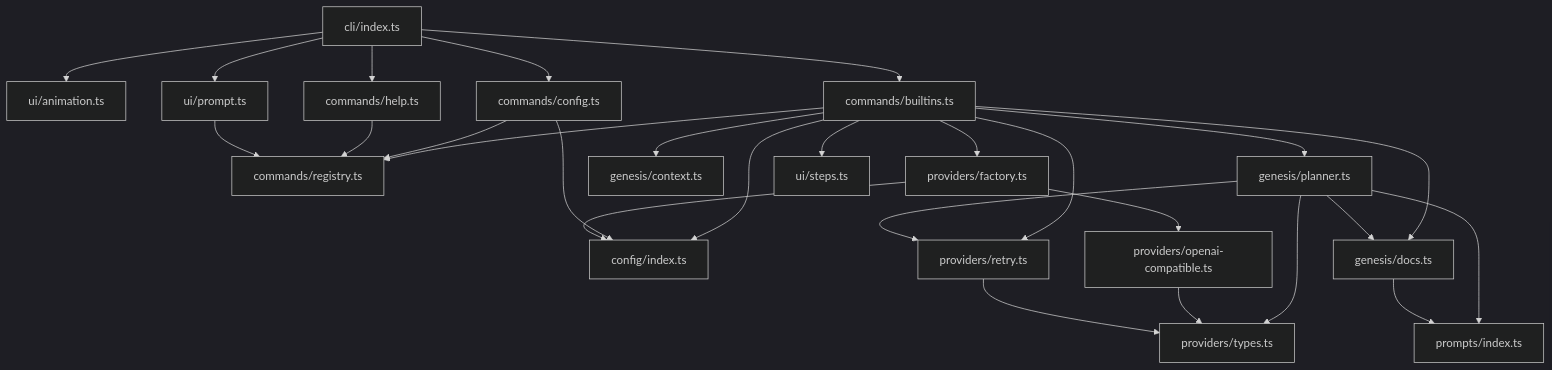
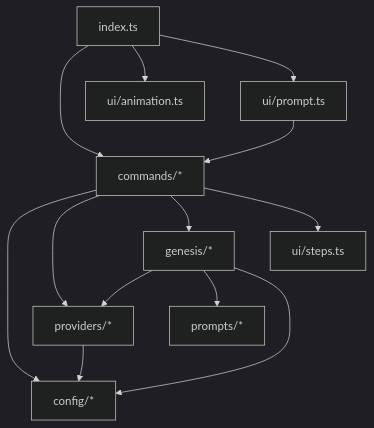
One commit to Aether-One/aether changed the diagram in .aether/docs/modules/overview.md. Above: the diagram before and after it, drawn with Mermaid (dark theme). The commit also changed other lines of this file and 26 other files, not shown here.

````diff
--- a/.aether/docs/modules/overview.md
+++ b/.aether/docs/modules/overview.md
@@ -154,34 +212,15 @@
 ```mermaid
 graph TD
-  cli[cli/index.ts] --> ui_anim[ui/animation.ts]
-  cli --> ui_prompt[ui/prompt.ts]
-  cli --> cmd_help[commands/help.ts]
-  cli --> cmd_builtins[commands/builtins.ts]
-  cli --> cmd_config[commands/config.ts]
-
-  cmd_builtins --> cmd_registry[commands/registry.ts]
-  cmd_builtins --> config[config/index.ts]
-  cmd_builtins --> providers_factory[providers/factory.ts]
-  cmd_builtins --> providers_retry[providers/retry.ts]
-  cmd_builtins --> genesis_context[genesis/context.ts]
-  cmd_builtins --> genesis_planner[genesis/planner.ts]
-  cmd_builtins --> genesis_docs[genesis/docs.ts]
-  cmd_builtins --> ui_steps[ui/steps.ts]
-
-  cmd_config --> cmd_registry
-  cmd_config --> config
-  cmd_help --> cmd_registry
-
-  genesis_planner --> providers_types[providers/types.ts]
-  genesis_planner --> providers_retry
-  genesis_planner --> genesis_docs
-  genesis_planner --> prompts[prompts/index.ts]
-
-  genesis_docs --> prompts
-  providers_factory --> config
-  providers_factory --> providers_openai[providers/openai-compatible.ts]
-  providers_openai --> providers_types
-  providers_retry --> providers_types
-
-  ui_prompt --> cmd_registry
+    cli[index.ts] --> commands[commands/*]
+    cli --> ui_anim[ui/animation.ts]
+    cli --> ui_prompt[ui/prompt.ts]
+    commands --> config[config/*]
+    commands --> providers[providers/*]
+    commands --> genesis[genesis/*]
+    commands --> ui_steps[ui/steps.ts]
+    genesis --> providers
+    genesis --> prompts[prompts/*]
+    genesis --> config
+    providers --> config
+    ui_prompt --> commands
 ```
````
